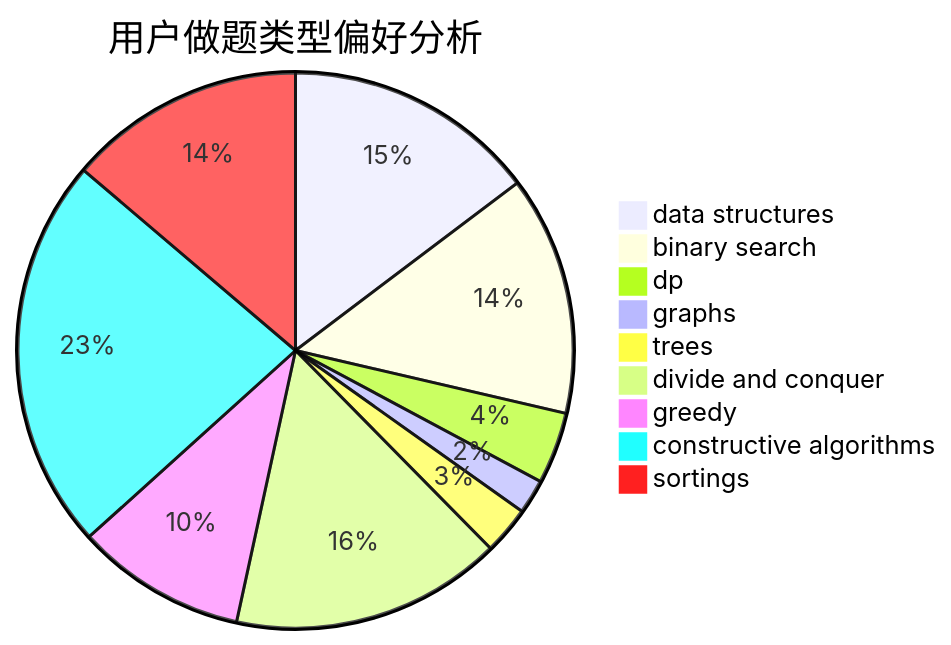
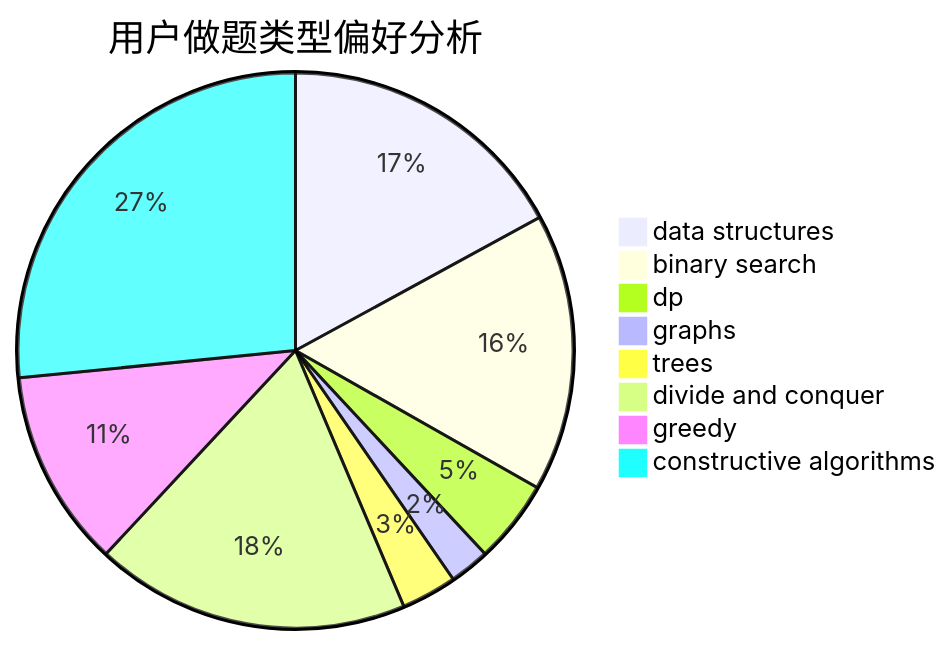
Before and after one commit to sherpahu/cfrs.github.io: the second of 3 diagrams in docs/user/u835.md, drawn with Mermaid. The commit also changed other lines of this file and 2769 other files, not shown here.

````diff
--- a/docs/user/u835.md
+++ b/docs/user/u835.md
@@ -18,12 +18,11 @@
 ```mermaid
 pie title 用户做题类型偏好分析
     "data structures" :  95
     "binary search" :  90
     "dp" :  27
     "graphs" :  13
     "trees" :  18
     "divide and conquer" :  102
     "greedy" :  64
     "constructive algorithms" :  148
-    "sortings" :  89
 ```
````
